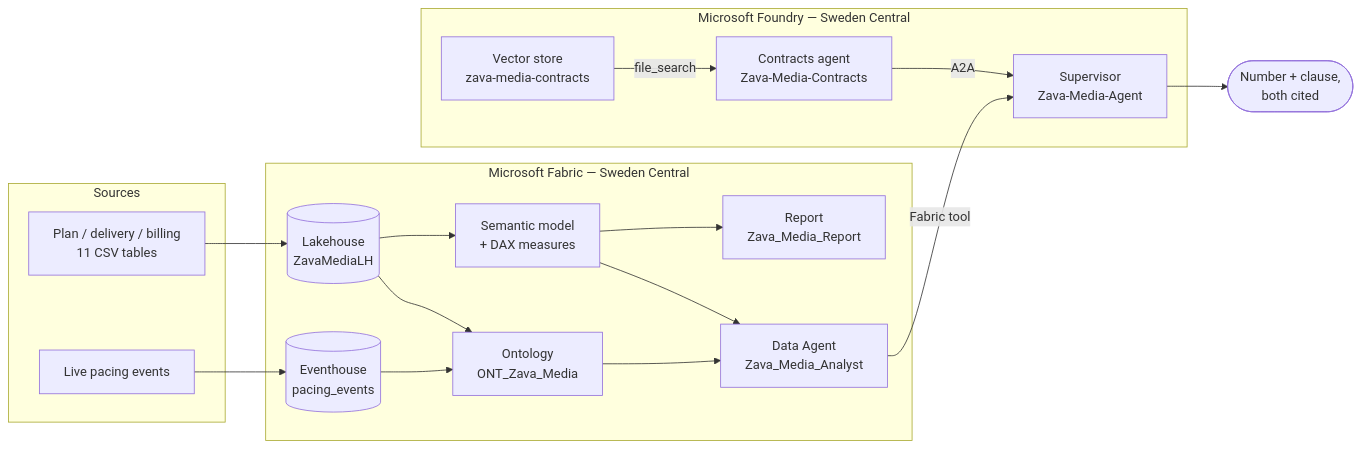
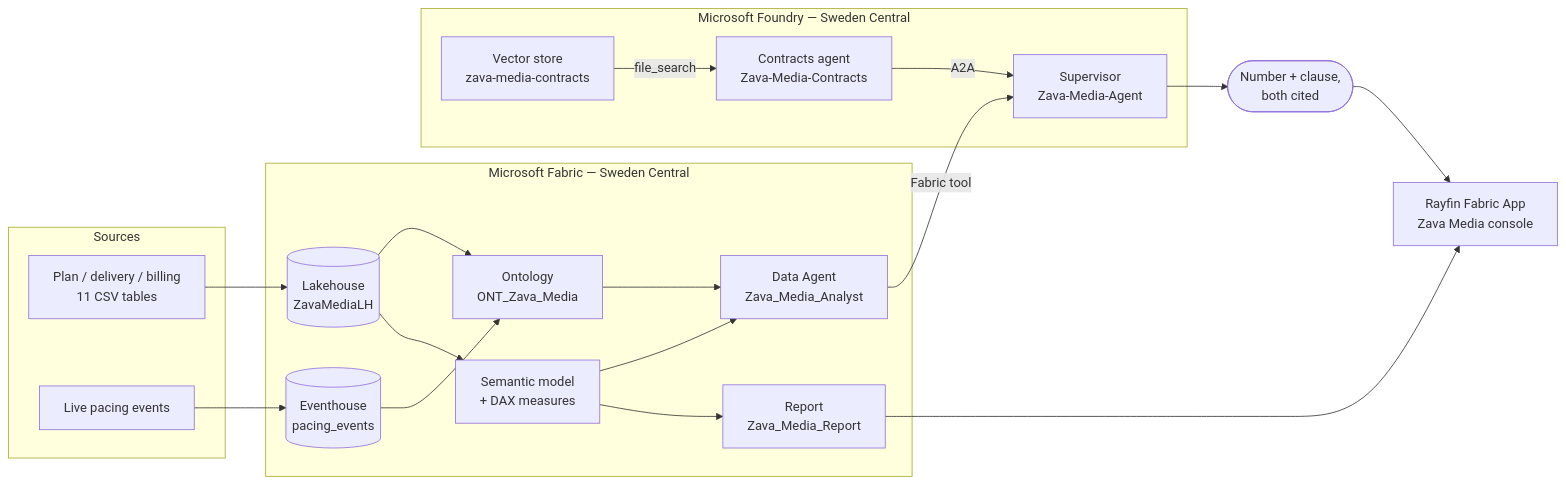
The diagram in README.md (Statyx/Fab-Zava-Media), drawn with Mermaid before and after one commit. The commit also changed other lines of this file and 14 other files, not shown here.

First line of the commit message:
feat: redeploy Zava Media on the new tenant and add demo run-sheet

````diff
--- a/README.md
+++ b/README.md
@@ -81,35 +82,37 @@
 ```mermaid
 flowchart LR
   subgraph src[Sources]
     CSV[Plan / delivery / billing<br/>11 CSV tables]
     PACE[Live pacing events]
   end
 
   subgraph fabric[Microsoft Fabric — Sweden Central]
     LH[(Lakehouse<br/>ZavaMediaLH)]
     EH[(Eventhouse<br/>pacing_events)]
     ONT[Ontology<br/>ONT_Zava_Media]
     SM[Semantic model<br/>+ DAX measures]
     DA[Data Agent<br/>Zava_Media_Analyst]
     RPT[Report<br/>Zava_Media_Report]
   end
 
   subgraph foundry[Microsoft Foundry — Sweden Central]
     KB[Vector store<br/>zava-media-contracts]
     CTR[Contracts agent<br/>Zava-Media-Contracts]
     ORCH[Supervisor<br/>Zava-Media-Agent]
   end
 
   CSV --> LH
   PACE --> EH
   LH --> ONT
   EH --> ONT
   LH --> SM
   ONT --> DA
   SM --> DA
   SM --> RPT
   DA -->|Fabric tool| ORCH
   KB -->|file_search| CTR
   CTR -->|A2A| ORCH
   ORCH --> ANS([Number + clause,<br/>both cited])
+  ANS --> APP[Rayfin Fabric App<br/>Zava Media console]
+  RPT --> APP
 ```
````
